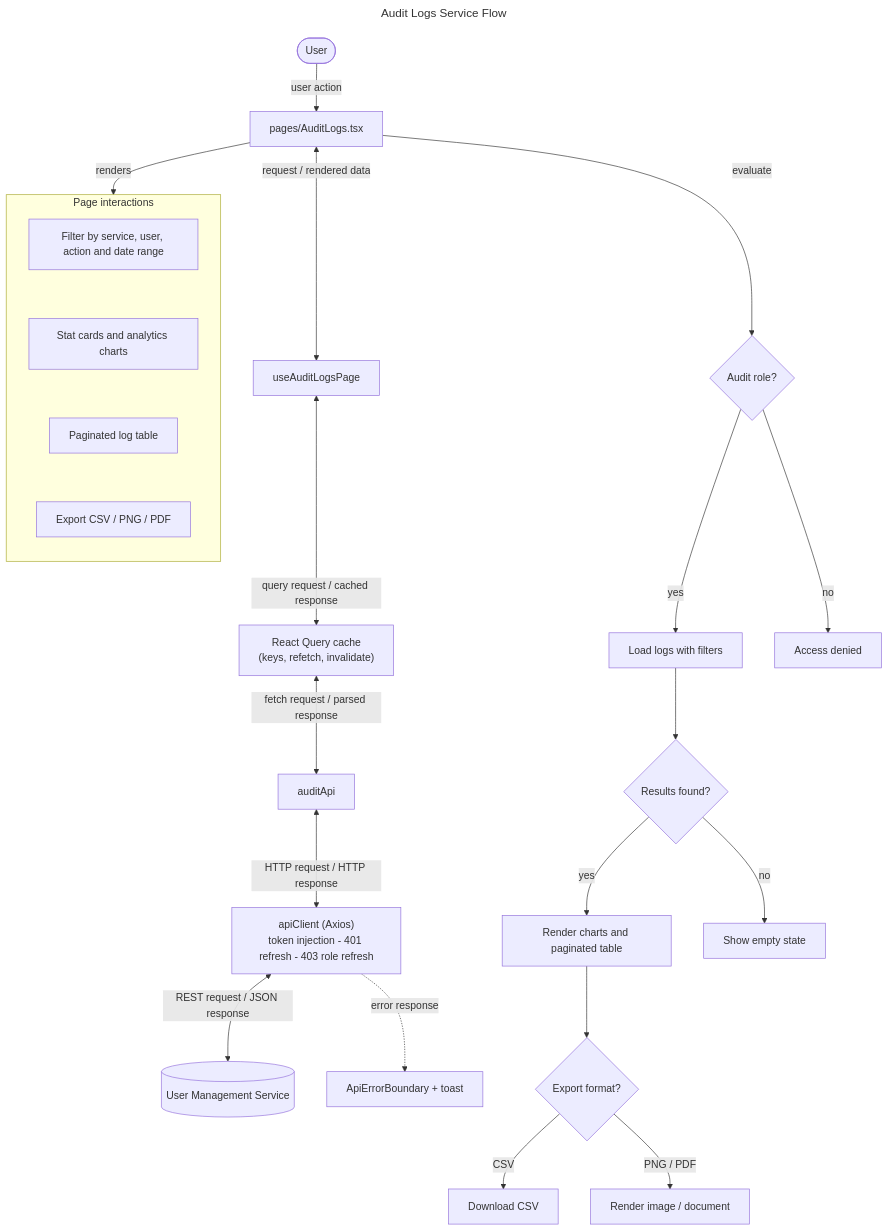
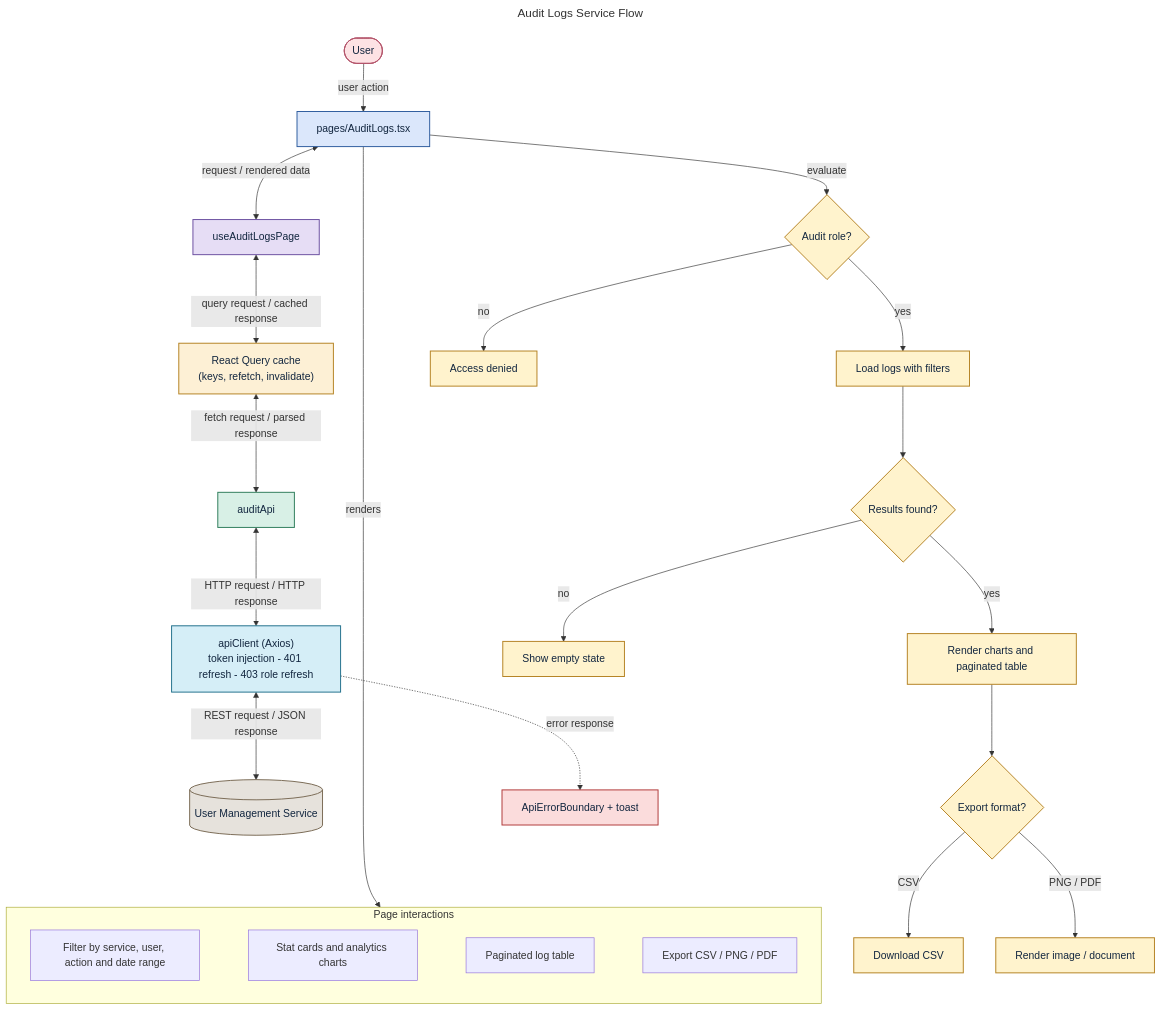
Before and after one commit to sayeeduddinofficial/user-table-view: the diagram in docs/flowcharts/audit-logs.mmd, drawn with Mermaid. The commit also changed 41 other files, not shown here.

Commit message:
Flowcharts

```diff
--- a/docs/flowcharts/audit-logs.mmd
+++ b/docs/flowcharts/audit-logs.mmd
@@ -1,31 +1,52 @@
 ---
 title: Audit Logs Service Flow
 ---
 flowchart TD
   U([User]) -->|"user action"| P["pages/AuditLogs.tsx"]
   P <-->|"request / rendered data"| H["useAuditLogsPage"]
   H <-->|"query request / cached response"| Q["React Query cache<br/>(keys, refetch, invalidate)"]
   Q <-->|"fetch request / parsed response"| A["auditApi"]
   A <-->|"HTTP request / HTTP response"| C["apiClient (Axios)<br/>token injection - 401 refresh - 403 role refresh"]
   C <-->|"REST request / JSON response"| S[("User Management Service")]
   P -->|"renders"| UI
   subgraph UI[Page interactions]
-    direction TB
+    direction LR
     S0["Filter by service, user, action and date range"]
     S1["Stat cards and analytics charts"]
     S2["Paginated log table"]
     S3["Export CSV / PNG / PDF"]
     S0 ~~~ S1 ~~~ S2 ~~~ S3
   end
   C -. "error response" .-> E["ApiErrorBoundary + toast"]
+  E ~~~ UI
 
   %% ---- Key decisions ----
   P -->|"evaluate"| X0
   X0{"Audit role?"} -->|"yes"| X1["Load logs with filters"]
   X0 -->|"no"| X2["Access denied"]
   X1 --> X3{"Results found?"}
   X3 -->|"yes"| X4["Render charts and paginated table"]
   X3 -->|"no"| X5["Show empty state"]
   X4 --> X6{"Export format?"}
   X6 -->|"CSV"| X7["Download CSV"]
   X6 -->|"PNG / PDF"| X8["Render image / document"]
+
+%% ---- styles ----
+classDef actor fill:#fde2e4,stroke:#b3546a,stroke-width:1.5px,color:#12263f;
+classDef page fill:#dbe7fb,stroke:#2f5d9e,stroke-width:1.5px,color:#12263f;
+classDef hook fill:#e6ddf5,stroke:#6b4fa0,stroke-width:1.5px,color:#12263f;
+classDef cache fill:#fdf0d5,stroke:#b58324,stroke-width:1.5px,color:#12263f;
+classDef api fill:#d8f0e6,stroke:#2e7d5b,stroke-width:1.5px,color:#12263f;
+classDef client fill:#d5eef7,stroke:#22708c,stroke-width:1.5px,color:#12263f;
+classDef svc fill:#e6e2dc,stroke:#7a6a55,stroke-width:1.5px,color:#12263f;
+classDef err fill:#fbdcdc,stroke:#b03a3a,stroke-width:1.5px,color:#12263f;
+classDef dec fill:#fff3cd,stroke:#b58324,stroke-width:1.5px,color:#12263f;
+class A api;
+class C client;
+class E err;
+class H hook;
+class P page;
+class Q cache;
+class S svc;
+class U actor;
+class X0,X1,X2,X3,X4,X5,X6,X7,X8 dec;
```
